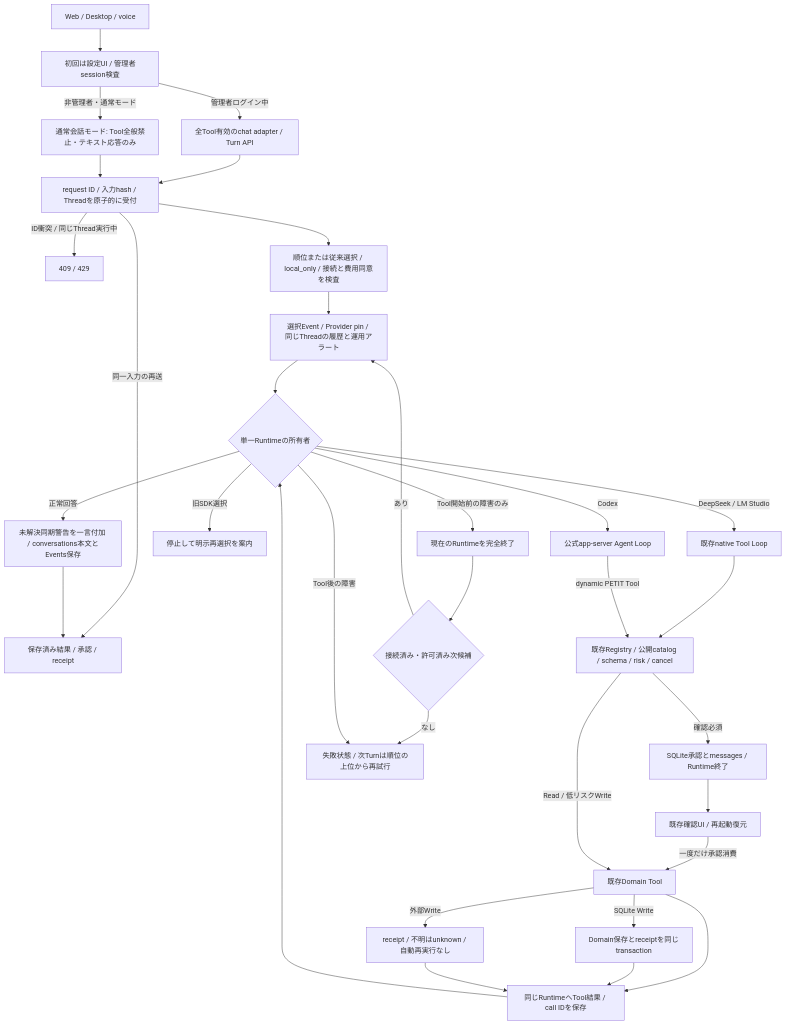
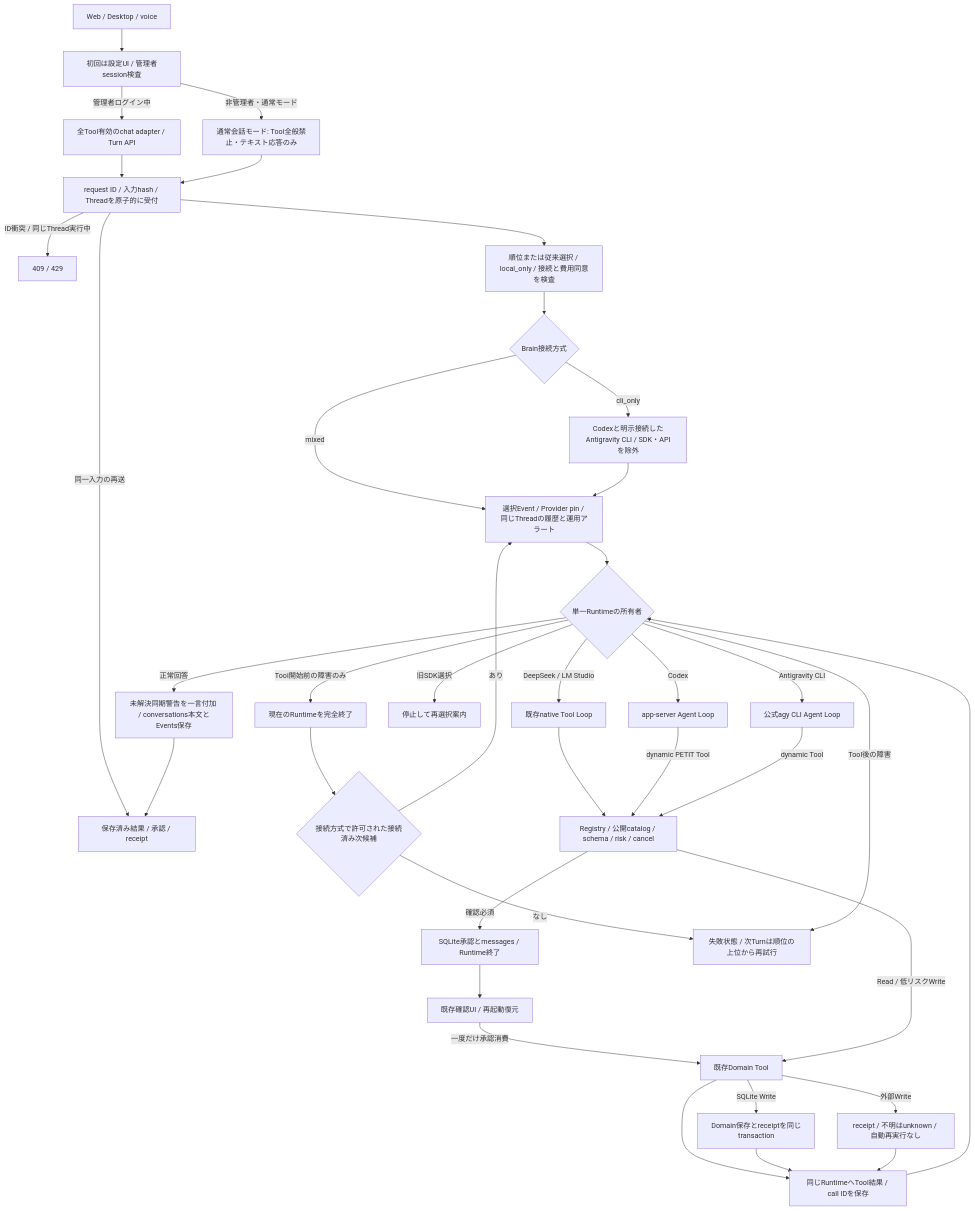
Before and after one commit to Soso2e/PETIT: the ninth of 38 diagrams in docs/runtime-flows.md, drawn with Mermaid. The commit also changed other lines of this file, not shown here.

Commit message:
docs: Antigravity CLIとCoding JobのRuntime図を既存#372図へ統合

````diff
--- a/docs/runtime-flows.md
+++ b/docs/runtime-flows.md
@@ -140,35 +187,40 @@
 ```mermaid
 flowchart TD
     C[Web / Desktop / voice] --> Auth[初回は設定UI / 管理者session検査]
     Auth -->|管理者ログイン中| A[全Tool有効のchat adapter / Turn API]
     Auth -->|非管理者・通常モード| Safe[通常会話モード: Tool全般禁止・テキスト応答のみ]
     A --> L[request ID / 入力hash / Threadを原子的に受付]
     Safe --> L
     L -->|同一入力の再送| R[保存済み結果 / 承認 / receipt]
     L -->|ID衝突 / 同じThread実行中| Conflict[409 / 429]
     L --> Select[順位または従来選択 / local_only / 接続と費用同意を検査]
-    Select --> Pin[選択Event / Provider pin / 同じThreadの履歴と運用アラート]
+    Select --> Transport{Brain接続方式}
+    Transport -->|mixed| Pin[選択Event / Provider pin / 同じThreadの履歴と運用アラート]
+    Transport -->|cli_only| CLIOnly[Codexと明示接続したAntigravity CLI / SDK・APIを除外]
+    CLIOnly --> Pin
     Pin --> Backend{単一Runtimeの所有者}
     Backend -->|DeepSeek / LM Studio| Native[既存native Tool Loop]
-    Backend -->|Codex| Codex[公式app-server Agent Loop]
-    Backend -->|旧SDK選択| Migrate[停止して明示再選択を案内]
-    Native --> Gate[既存Registry / 公開catalog / schema / risk / cancel]
+    Backend -->|Codex| Codex[app-server Agent Loop]
+    Backend -->|Antigravity CLI| AgCli[公式agy CLI Agent Loop]
+    Backend -->|旧SDK選択| Migrate[停止して再選択案内]
+    Native --> Gate[Registry / 公開catalog / schema / risk / cancel]
     Codex -->|dynamic PETIT Tool| Gate
+    AgCli -->|dynamic Tool| Gate
     Gate -->|確認必須| Approval[SQLite承認とmessages / Runtime終了]
     Approval --> UI[既存確認UI / 再起動復元]
     UI -->|一度だけ承認消費| Execute[既存Domain Tool]
     Gate -->|Read / 低リスクWrite| Execute
     Execute -->|SQLite Write| Receipt[Domain保存とreceiptを同じtransaction]
     Execute -->|外部Write| Unknown[receipt / 不明はunknown / 自動再実行なし]
     Execute --> Return[同じRuntimeへTool結果 / call IDを保存]
     Receipt --> Return
     Unknown --> Return
     Return --> Backend
     Backend -->|Tool開始前の障害のみ| Stop[現在のRuntimeを完全終了]
-    Stop --> Next{接続済み・許可済み次候補}
+    Stop --> Next{接続方式で許可された接続済み次候補}
     Next -->|あり| Pin
     Next -->|なし| Failed[失敗状態 / 次Turnは順位の上位から再試行]
     Backend -->|Tool後の障害| Failed
     Backend -->|正常回答| Save[未解決同期警告を一言付加 / conversations本文とEvents保存]
     Save --> R
 ```
````
